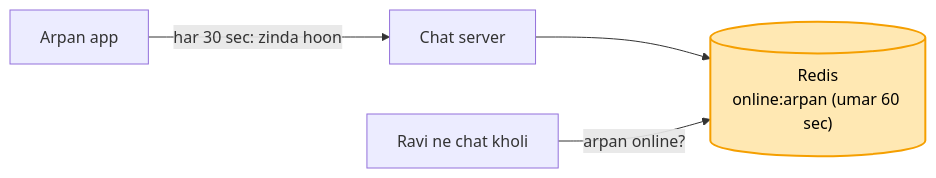
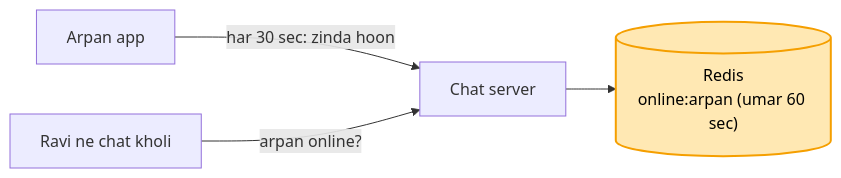
Before and after one commit to ArpanMaheshwari144/Prep: diagram 11 of 11 in 04_HLD/SYSTEM_DESIGNS/14_chat_messaging/14_chat_messaging.md, drawn with Mermaid.

Commit message:
chat: Ravi ka 'arpan online?' chat server se jaata, Redis seedha nahi

````diff
--- a/04_HLD/SYSTEM_DESIGNS/14_chat_messaging/14_chat_messaging.md
+++ b/04_HLD/SYSTEM_DESIGNS/14_chat_messaging/14_chat_messaging.md
@@ -438,7 +438,7 @@
 ```mermaid
 flowchart LR
     A["Arpan app"] -- "har 30 sec: zinda hoon" --> S["Chat server"]
     S --> R[("Redis<br/>online:arpan (umar 60 sec)")]
-    RV["Ravi ne chat kholi"] -- "arpan online?" --> R
+    RV["Ravi ne chat kholi"] -- "arpan online?" --> S
     style R fill:#ffe8b3,stroke:#f59f00,stroke-width:2px,color:#000
 ```
````
